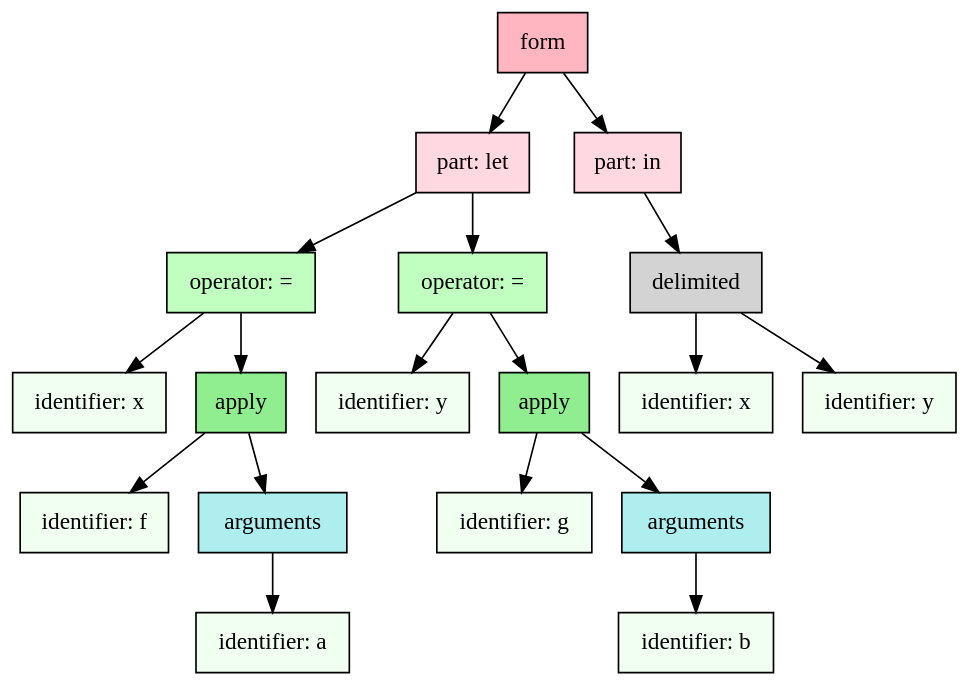
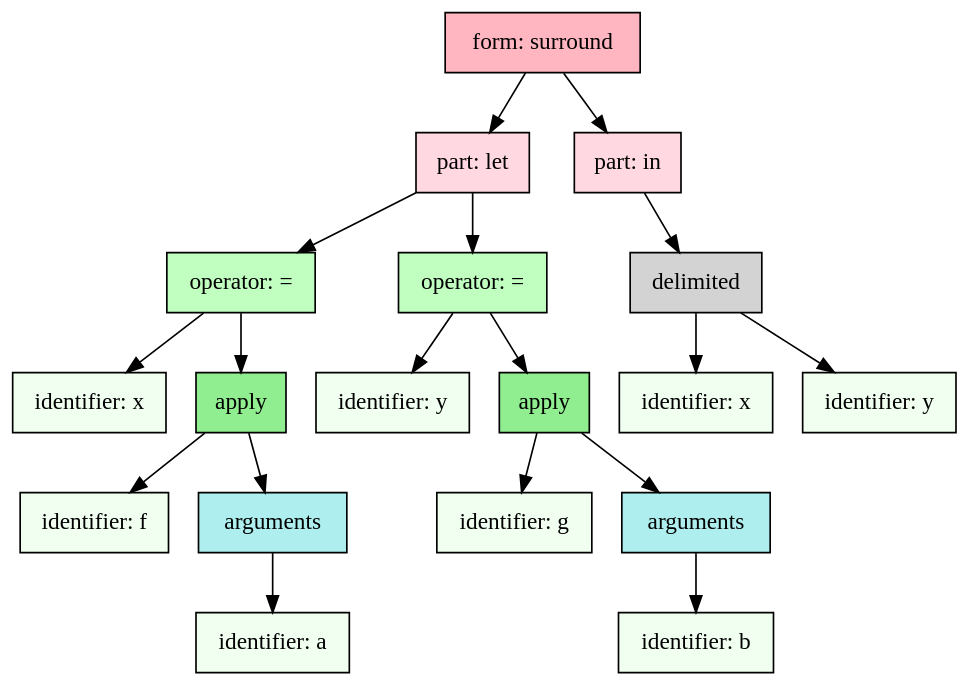
One commit to monogram-project/monogram-go changed the second of 2 diagrams in docs/let.md. Above: the diagram before and after it, drawn with Graphviz. The commit also changed other lines of this file and 15 other files, not shown here.

````diff
--- a/docs/let.md
+++ b/docs/let.md
@@ -287,41 +292,41 @@
 ```dot
 digraph G {
   bgcolor="transparent";
   node [shape="box", style="filled", fontname="Ubuntu Mono"];
-  "124221782082800" [label="form", shape="box", fillcolor="lightpink"];
-  "124221782082880" [label="part: let", shape="box", fillcolor="#FFD8E1"];
-  "124221782082800" -> "124221782082880";
-  "124221782082960" [label="operator: =", shape="box", fillcolor="#C0FFC0"];
-  "124221782082880" -> "124221782082960";
-  "124221782083040" [label="identifier: x", shape="box", fillcolor="Honeydew"];
-  "124221782082960" -> "124221782083040";
-  "124221782083120" [label="apply", shape="box", fillcolor="lightgreen"];
-  "124221782082960" -> "124221782083120";
-  "124221782083200" [label="identifier: f", shape="box", fillcolor="Honeydew"];
-  "124221782083120" -> "124221782083200";
-  "124221782083280" [label="arguments", shape="box", fillcolor="PaleTurquoise"];
-  "124221782083120" -> "124221782083280";
-  "124221782083360" [label="identifier: a", shape="box", fillcolor="Honeydew"];
-  "124221782083280" -> "124221782083360";
-  "124221782083440" [label="operator: =", shape="box", fillcolor="#C0FFC0"];
-  "124221782082880" -> "124221782083440";
-  "124221782083520" [label="identifier: y", shape="box", fillcolor="Honeydew"];
-  "124221782083440" -> "124221782083520";
-  "124221782083600" [label="apply", shape="box", fillcolor="lightgreen"];
-  "124221782083440" -> "124221782083600";
-  "124221782083680" [label="identifier: g", shape="box", fillcolor="Honeydew"];
-  "124221782083600" -> "124221782083680";
-  "124221782083760" [label="arguments", shape="box", fillcolor="PaleTurquoise"];
-  "124221782083600" -> "124221782083760";
-  "124221782083840" [label="identifier: b", shape="box", fillcolor="Honeydew"];
-  "124221782083760" -> "124221782083840";
-  "124221782083920" [label="part: in", shape="box", fillcolor="#FFD8E1"];
-  "124221782082800" -> "124221782083920";
-  "124221782084000" [label="delimited", shape="box", fillcolor="lightgray"];
-  "124221782083920" -> "124221782084000";
-  "124221782084080" [label="identifier: x", shape="box", fillcolor="Honeydew"];
-  "124221782084000" -> "124221782084080";
-  "124221782084160" [label="identifier: y", shape="box", fillcolor="Honeydew"];
-  "124221782084000" -> "124221782084160";
+  "node_0xc0001147e0" [label="form: surround", shape="box", fillcolor="lightpink"];
+  "node_0xc000114630" [label="part: let", shape="box", fillcolor="#FFD8E1"];
+  "node_0xc0001147e0" -> "node_0xc000114630";
+  "node_0xc0001143c0" [label="operator: =", shape="box", fillcolor="#C0FFC0"];
+  "node_0xc000114630" -> "node_0xc0001143c0";
+  "node_0xc000114210" [label="identifier: x", shape="box", fillcolor="Honeydew"];
+  "node_0xc0001143c0" -> "node_0xc000114210";
+  "node_0xc000114360" [label="apply", shape="box", fillcolor="lightgreen"];
+  "node_0xc0001143c0" -> "node_0xc000114360";
+  "node_0xc000114270" [label="identifier: f", shape="box", fillcolor="Honeydew"];
+  "node_0xc000114360" -> "node_0xc000114270";
+  "node_0xc000114300" [label="arguments", shape="box", fillcolor="PaleTurquoise"];
+  "node_0xc000114360" -> "node_0xc000114300";
+  "node_0xc0001142d0" [label="identifier: a", shape="box", fillcolor="Honeydew"];
+  "node_0xc000114300" -> "node_0xc0001142d0";
+  "node_0xc0001145d0" [label="operator: =", shape="box", fillcolor="#C0FFC0"];
+  "node_0xc000114630" -> "node_0xc0001145d0";
+  "node_0xc000114420" [label="identifier: y", shape="box", fillcolor="Honeydew"];
+  "node_0xc0001145d0" -> "node_0xc000114420";
+  "node_0xc000114570" [label="apply", shape="box", fillcolor="lightgreen"];
+  "node_0xc0001145d0" -> "node_0xc000114570";
+  "node_0xc000114480" [label="identifier: g", shape="box", fillcolor="Honeydew"];
+  "node_0xc000114570" -> "node_0xc000114480";
+  "node_0xc000114510" [label="arguments", shape="box", fillcolor="PaleTurquoise"];
+  "node_0xc000114570" -> "node_0xc000114510";
+  "node_0xc0001144e0" [label="identifier: b", shape="box", fillcolor="Honeydew"];
+  "node_0xc000114510" -> "node_0xc0001144e0";
+  "node_0xc0001147b0" [label="part: in", shape="box", fillcolor="#FFD8E1"];
+  "node_0xc0001147e0" -> "node_0xc0001147b0";
+  "node_0xc000114750" [label="delimited", shape="box", fillcolor="lightgray"];
+  "node_0xc0001147b0" -> "node_0xc000114750";
+  "node_0xc000114690" [label="identifier: x", shape="box", fillcolor="Honeydew"];
+  "node_0xc000114750" -> "node_0xc000114690";
+  "node_0xc0001146f0" [label="identifier: y", shape="box", fillcolor="Honeydew"];
+  "node_0xc000114750" -> "node_0xc0001146f0";
 }
 ```
````
